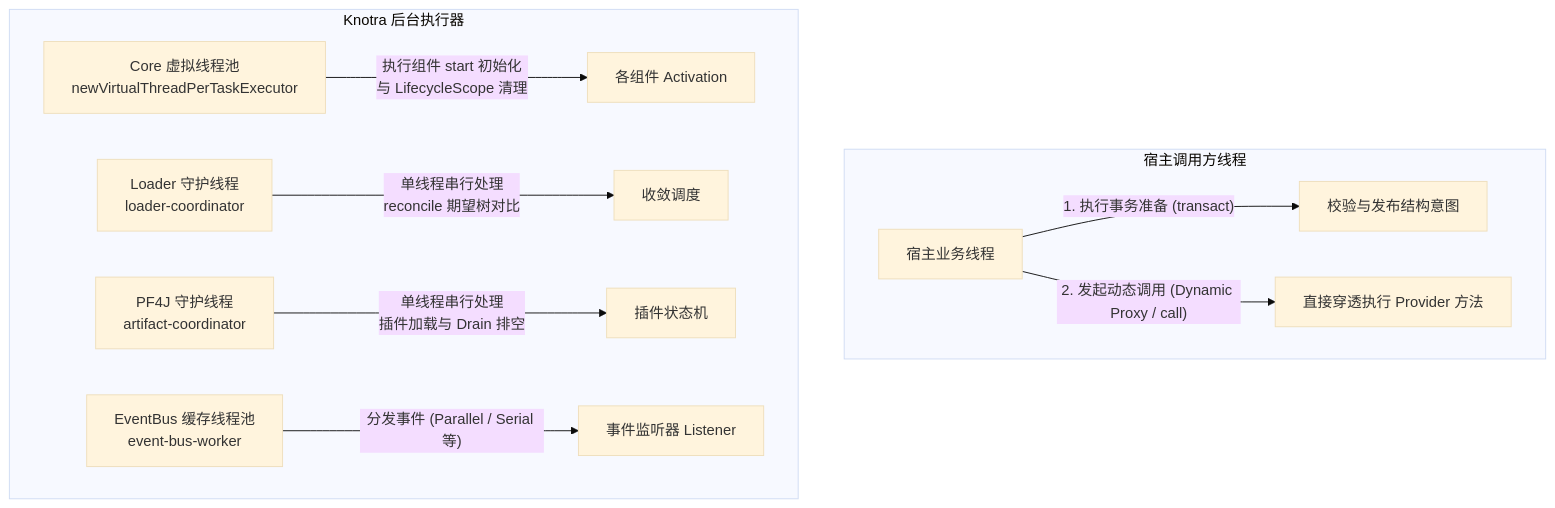
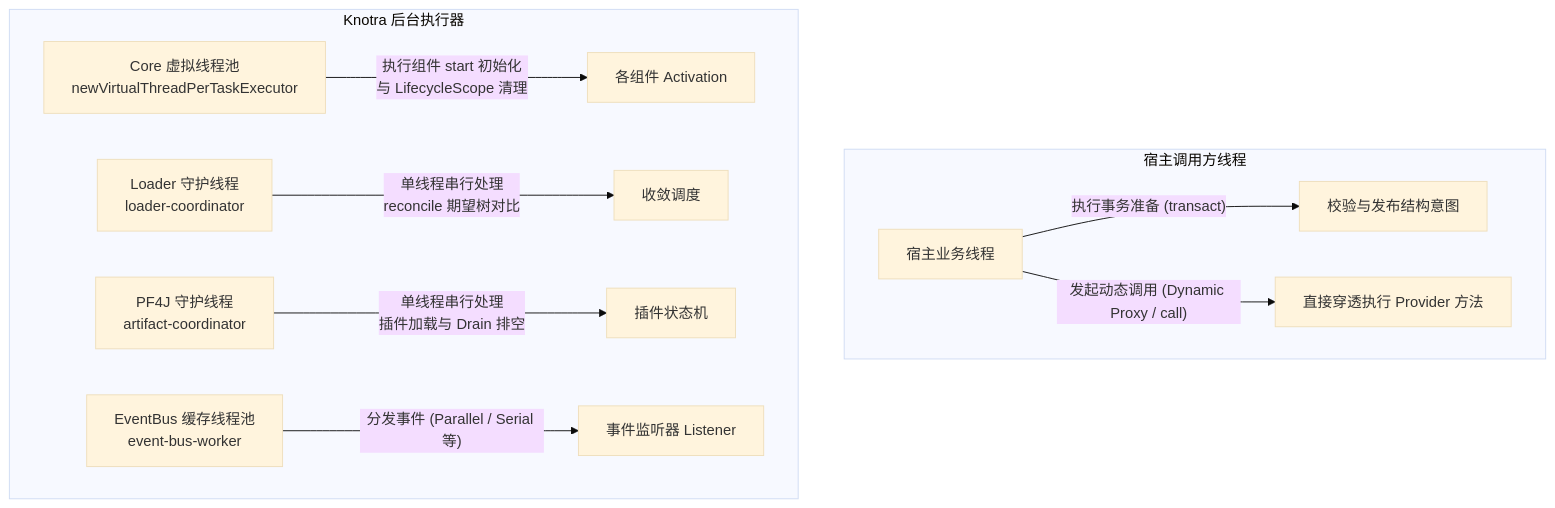
The first of 2 diagrams in docs/Knotra 线程模型与生产实践.md (fjay/knotra), drawn with Mermaid (base theme) before and after one commit. The commit also changed other lines of this file and 7 other files, not shown here.

````diff
--- a/docs/Knotra 线程模型与生产实践.md
+++ b/docs/Knotra 线程模型与生产实践.md
@@ -11,14 +11,14 @@
 ```mermaid
 graph TD
     subgraph caller_threads ["宿主调用方线程"]
-        HT["宿主业务线程"] -->|"1. 执行事务准备 (transact)"| TR["校验与发布结构意图"]
-        HT -->|"2. 发起动态调用 (Dynamic Proxy / call)"| DP["直接穿透执行 Provider 方法"]
+        HT["宿主业务线程"] -->|"执行事务准备 (transact)"| TR["校验与发布结构意图"]
+        HT -->|"发起动态调用 (Dynamic Proxy / call)"| DP["直接穿透执行 Provider 方法"]
     end
 
     subgraph knotra_executors ["Knotra 后台执行器"]
         VT["Core 虚拟线程池<br/>newVirtualThreadPerTaskExecutor"] -->|"执行组件 start 初始化<br/>与 LifecycleScope 清理"| ACT["各组件 Activation"]
         LC["Loader 守护线程<br/>loader-coordinator"] -->|"单线程串行处理<br/>reconcile 期望树对比"| RE["收敛调度"]
         PF["PF4J 守护线程<br/>artifact-coordinator"] -->|"单线程串行处理<br/>插件加载与 Drain 排空"| PL["插件状态机"]
         EB["EventBus 缓存线程池<br/>event-bus-worker"] -->|"分发事件 (Parallel / Serial 等)"| EV["事件监听器 Listener"]
     end
 ```
````
